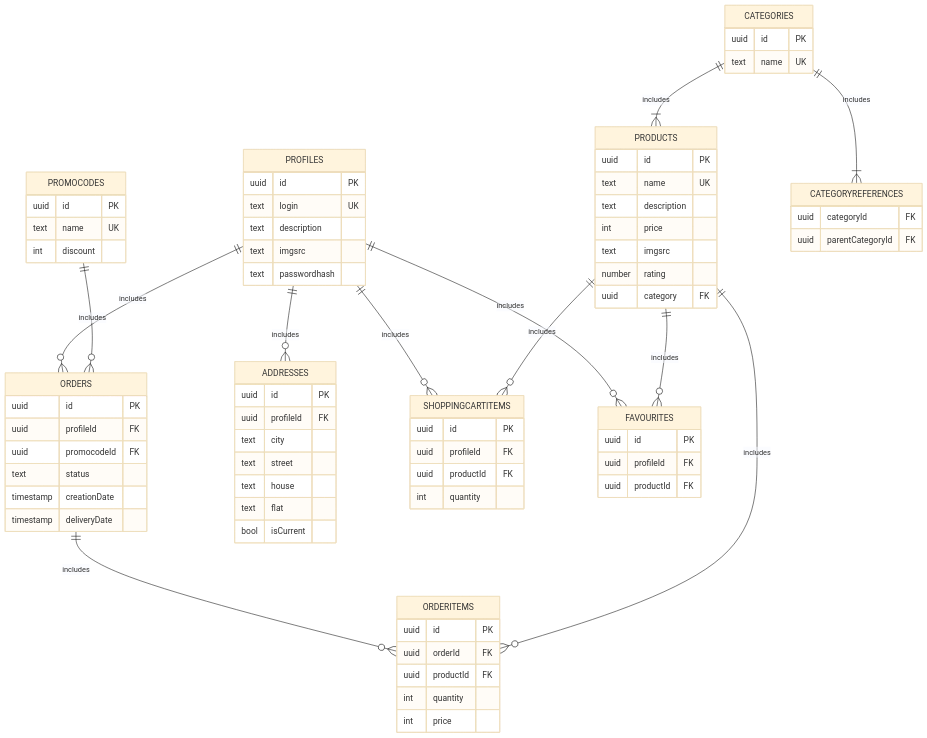
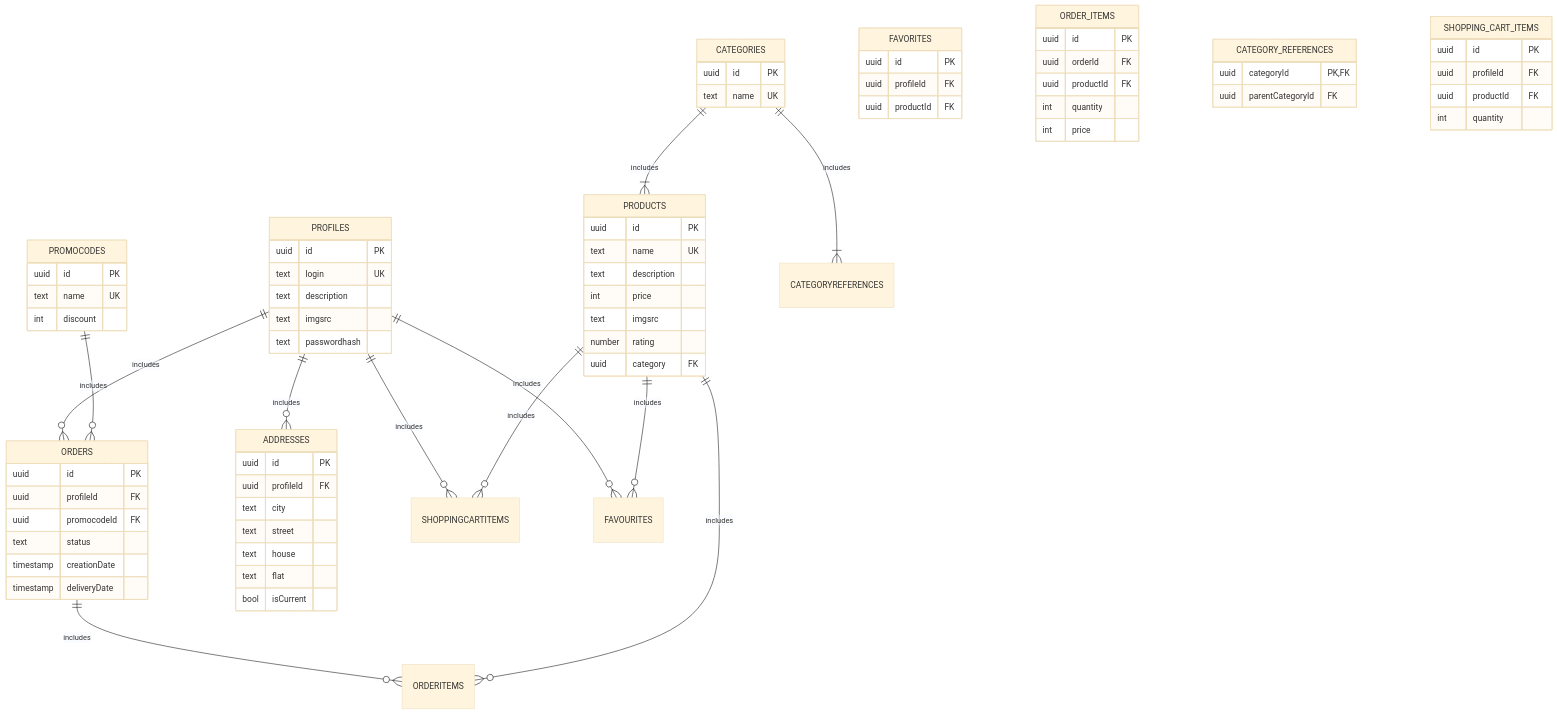
The diagram in db/normalized/relations.md (go-park-mail-ru/2023_2_potatiki), drawn with Mermaid (base theme) before and after one commit. The commit also changed other lines of this file, not shown here.

```diff
--- a/db/normalized/relations.md
+++ b/db/normalized/relations.md
@@ -72,7 +71,7 @@
         uuid category FK
     }
 
-    FAVOURITES {
+    FAVORITES {
         uuid id PK
         uuid profileId FK
         uuid productId FK
@@ -87,7 +86,7 @@
         timestamp deliveryDate
     }
 
-    ORDERITEMS {
+    ORDER_ITEMS {
         uuid id PK
         uuid orderId FK
         uuid productId FK
@@ -110,12 +109,12 @@
         text name UK
     }
 
-    CATEGORYREFERENCES {
-        uuid categoryId FK
+    CATEGORY_REFERENCES {
+        uuid categoryId PK, FK
         uuid parentCategoryId FK
     }
 
-    SHOPPINGCARTITEMS {
+    SHOPPING_CART_ITEMS {
         uuid id PK
         uuid profileId FK
         uuid productId FK
```
